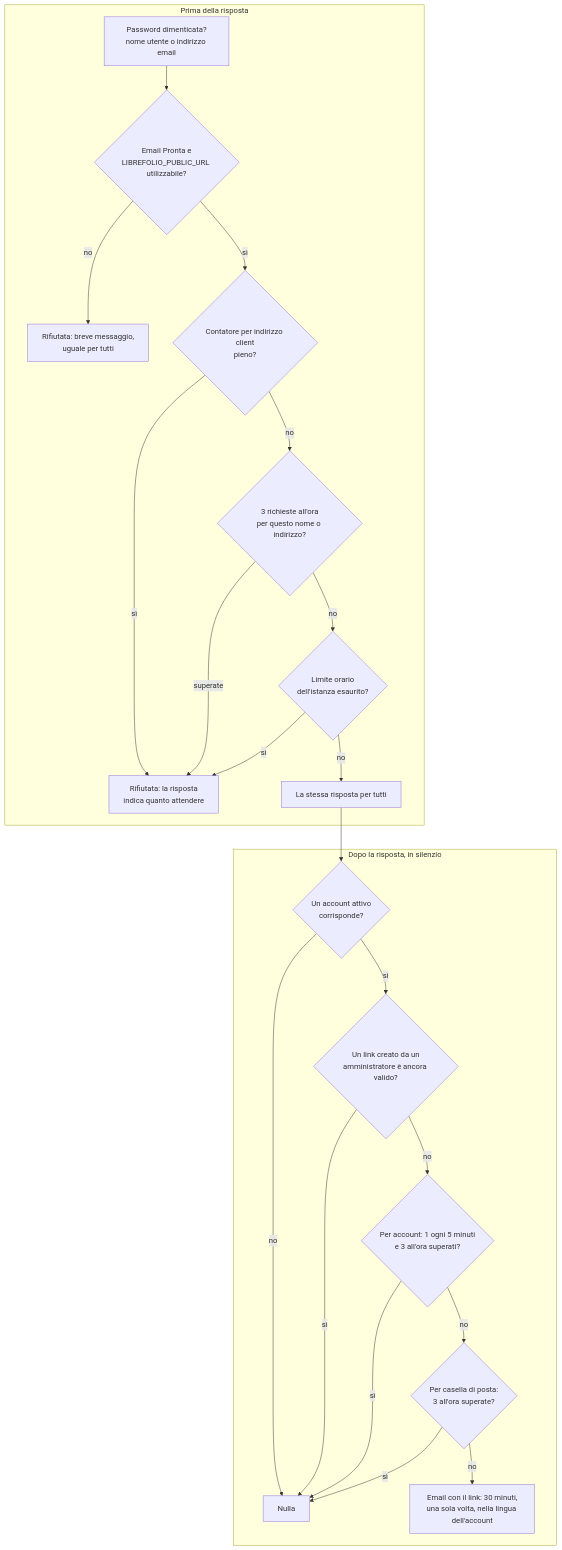
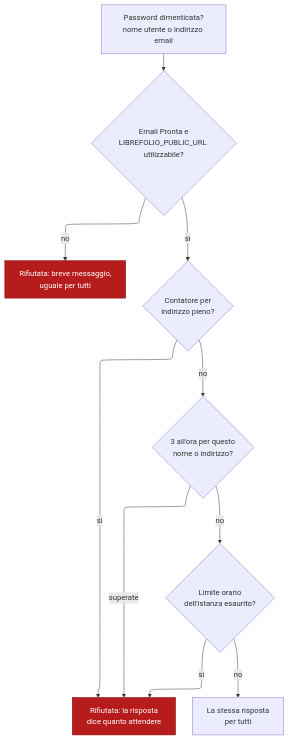
Before and after one commit to Librefolio/LibreFolio: the fourth of 18 diagrams in mkdocs_src/docs/admin/email_flows.it.md, drawn with Mermaid. The commit also changed other lines of this file, not shown here.

Commit message:
docs(admin): email flows diagrams small and separate, ELK where it reads better (it)

````diff
--- a/mkdocs_src/docs/admin/email_flows.it.md
+++ b/mkdocs_src/docs/admin/email_flows.it.md
@@ -141,25 +161,18 @@
 ```mermaid
+---
+config:
+  layout: elk
+---
 flowchart TD
-    subgraph before["Prima della risposta"]
-        REQ["Password dimenticata?<br>nome utente o indirizzo email"] --> READY{"Email Pronta e<br>LIBREFOLIO_PUBLIC_URL utilizzabile?"}
-        READY -->|"no"| NOPE["Rifiutata: breve messaggio,<br>uguale per tutti"]
-        READY -->|"sì"| ADDR{"Contatore per indirizzo client<br>pieno?"}
-        ADDR -->|"sì"| WAIT["Rifiutata: la risposta<br>indica quanto attendere"]
-        ADDR -->|"no"| NAME{"3 richieste all'ora<br>per questo nome o indirizzo?"}
-        NAME -->|"superate"| WAIT
-        NAME -->|"no"| INST{"Limite orario<br>dell'istanza esaurito?"}
-        INST -->|"sì"| WAIT
-        INST -->|"no"| RESP["La stessa risposta per tutti"]
-    end
-    subgraph after["Dopo la risposta, in silenzio"]
-        RESP --> FIND{"Un account attivo<br>corrisponde?"}
-        FIND -->|"no"| STOP["Nulla"]
-        FIND -->|"sì"| ADMIN{"Un link creato da un<br>amministratore è ancora valido?"}
-        ADMIN -->|"sì"| STOP
-        ADMIN -->|"no"| ACC{"Per account: 1 ogni 5 minuti<br>e 3 all'ora superati?"}
-        ACC -->|"sì"| STOP
-        ACC -->|"no"| BOX{"Per casella di posta:<br>3 all'ora superate?"}
-        BOX -->|"sì"| STOP
-        BOX -->|"no"| SEND["Email con il link: 30 minuti,<br>una sola volta, nella lingua dell'account"]
-    end
+    REQ["Password dimenticata?<br>nome utente o indirizzo email"] --> READY{"Email Pronta e<br>LIBREFOLIO_PUBLIC_URL utilizzabile?"}
+    READY -->|"no"| NOPE["Rifiutata: breve messaggio,<br>uguale per tutti"]
+    READY -->|"sì"| ADDR{"Contatore per<br>indirizzo pieno?"}
+    ADDR -->|"no"| NAME{"3 all'ora per questo<br>nome o indirizzo?"}
+    NAME -->|"no"| INST{"Limite orario<br>dell'istanza esaurito?"}
+    ADDR -->|"sì"| WAIT["Rifiutata: la risposta<br>dice quanto attendere"]
+    NAME -->|"superate"| WAIT
+    INST -->|"sì"| WAIT
+    INST -->|"no"| RESP["La stessa risposta<br>per tutti"]
+    classDef no fill:#b71c1c,stroke:#7f0000,color:#ffffff
+    class NOPE,WAIT no
 ```
````
